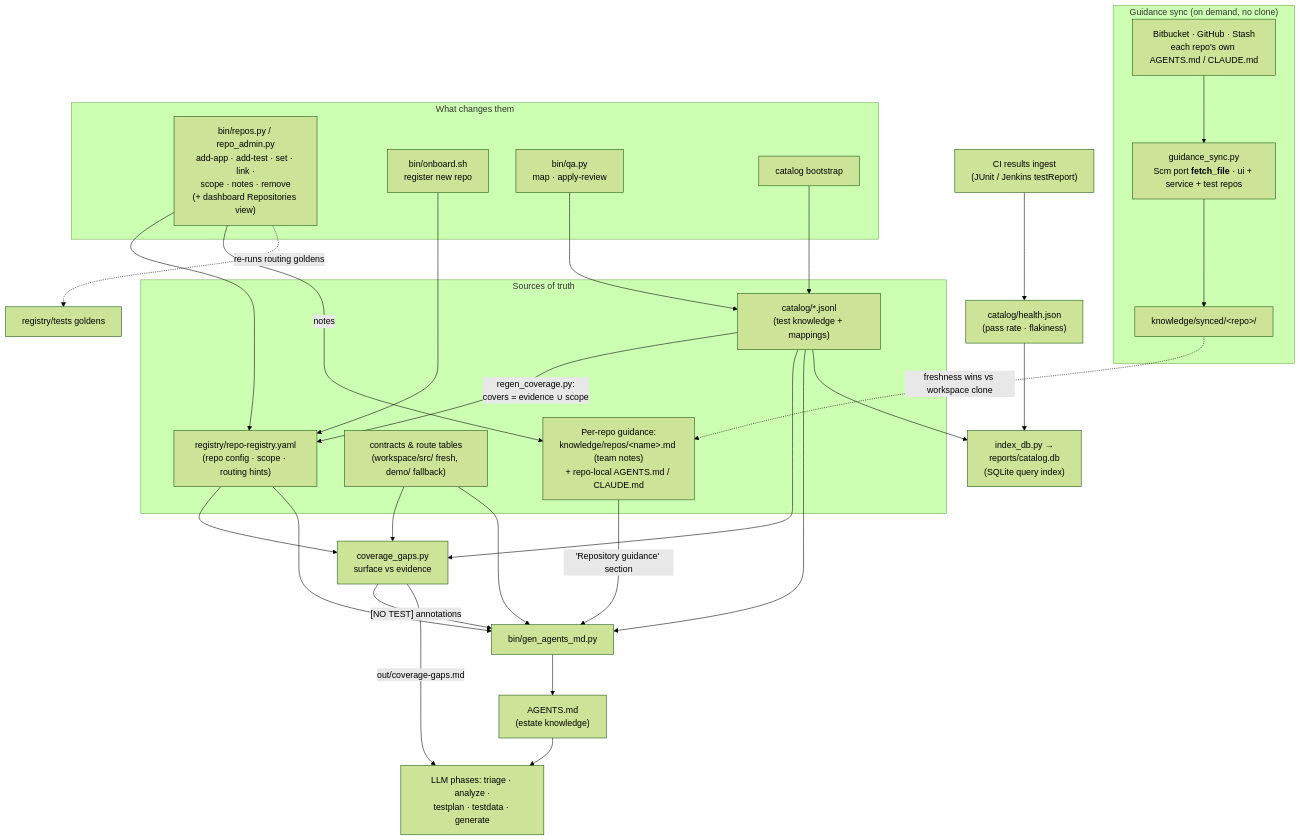
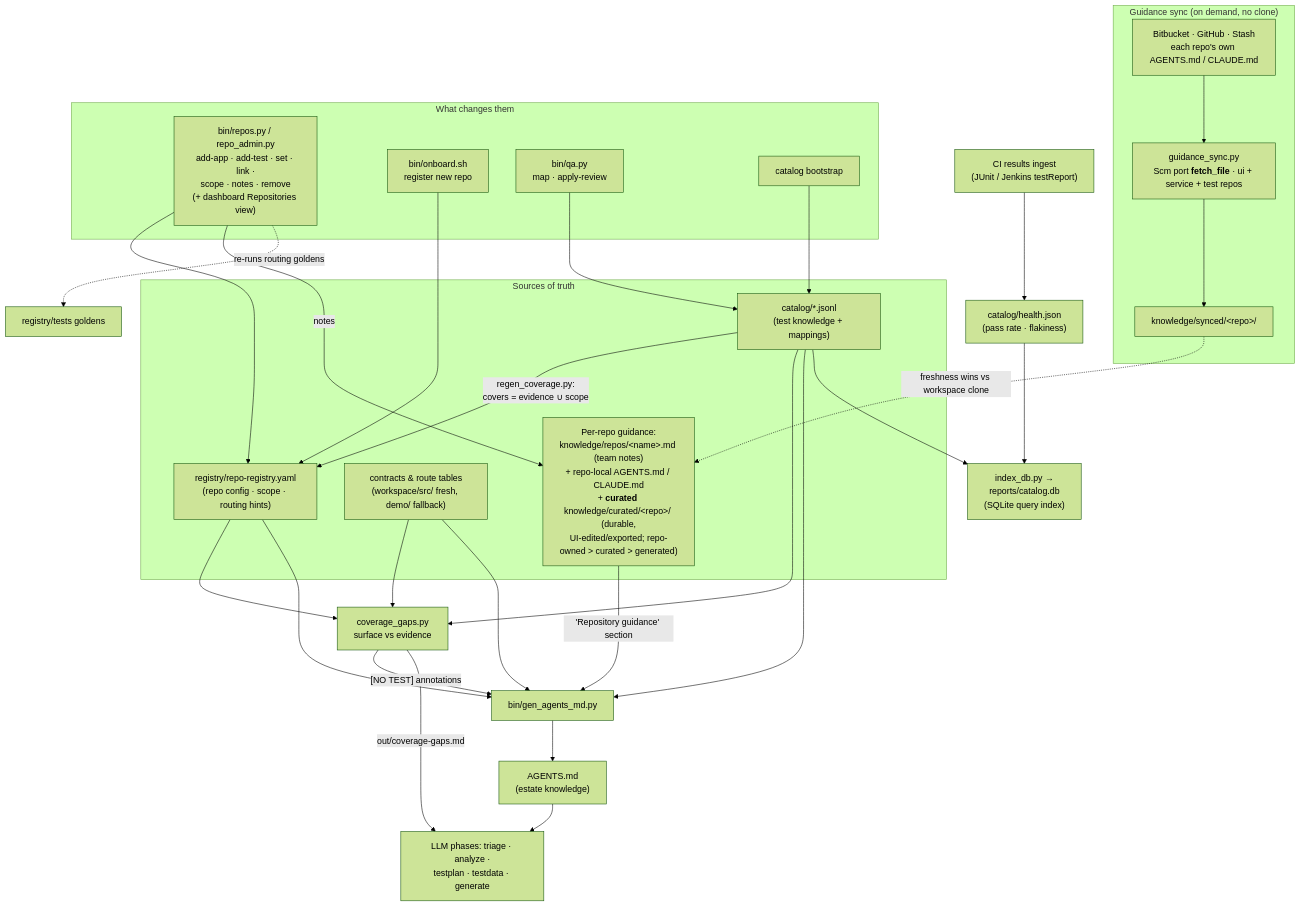
One commit to anandtopu/auto-tests-gen changed the ninth of 15 diagrams in docs/diagrams.md. Above: the diagram before and after it, drawn with Mermaid (forest theme). The commit also changed other lines of this file and 53 other files, not shown here.

````diff
--- a/docs/diagrams.md
+++ b/docs/diagrams.md
@@ -223,48 +223,48 @@
 ```mermaid
 flowchart TD
     subgraph SOURCES["Sources of truth"]
         REG["registry/repo-registry.yaml<br/>(repo config · scope · routing hints)"]
         CAT["catalog/*.jsonl<br/>(test knowledge + mappings)"]
         ART["contracts & route tables<br/>(workspace/src/ fresh, demo/ fallback)"]
-        GUI["Per-repo guidance:<br/>knowledge/repos/&lt;name&gt;.md (team notes)<br/>+ repo-local AGENTS.md / CLAUDE.md"]
+        GUI["Per-repo guidance:<br/>knowledge/repos/&lt;name&gt;.md (team notes)<br/>+ repo-local AGENTS.md / CLAUDE.md<br/>+ <b>curated</b> knowledge/curated/&lt;repo&gt;/ (durable,<br/>UI-edited/exported; repo-owned &gt; curated &gt; generated)"]
     end
 
     subgraph SYNC["Guidance sync (on demand, no clone)"]
         SCMR["Bitbucket · GitHub · Stash<br/>each repo's own AGENTS.md / CLAUDE.md"]
         GS["guidance_sync.py<br/>Scm port <b>fetch_file</b> · ui + service + test repos"]
         CACHE["knowledge/synced/&lt;repo&gt;/"]
         SCMR --> GS --> CACHE
     end
     CACHE -. "freshness wins vs workspace clone" .-> GUI
 
     subgraph WRITERS["What changes them"]
         RP["bin/repos.py / repo_admin.py<br/>add-app · add-test · set · link ·<br/>scope · notes · remove<br/>(+ dashboard Repositories view)"]
         OB["bin/onboard.sh<br/>register new repo"]
         QA["bin/qa.py<br/>map · apply-review"]
         BS["catalog bootstrap"]
     end
 
     CI["CI results ingest<br/>(JUnit / Jenkins testReport)"] --> HL["catalog/health.json<br/>(pass rate · flakiness)"]
 
     RP --> REG
     RP -- "notes" --> GUI
     OB --> REG
     QA --> CAT
     BS --> CAT
     CAT -- "regen_coverage.py:<br/>covers = evidence ∪ scope" --> REG
 
     REG --> GAPS["coverage_gaps.py<br/>surface vs evidence"]
     CAT --> GAPS
     ART --> GAPS
     REG --> GEN["bin/gen_agents_md.py"]
     CAT --> GEN
     ART --> GEN
     GUI -- "'Repository guidance' section" --> GEN
     GAPS -- "[NO TEST] annotations" --> GEN
     GEN --> AG["AGENTS.md<br/>(estate knowledge)"]
     AG --> PH["LLM phases: triage · analyze ·<br/>testplan · testdata · generate"]
     GAPS -- "out/coverage-gaps.md" --> PH
     CAT --> DB["index_db.py →<br/>reports/catalog.db<br/>(SQLite query index)"]
     HL --> DB
     RP -. "re-runs routing goldens" .-> GT["registry/tests goldens"]
 ```
````
